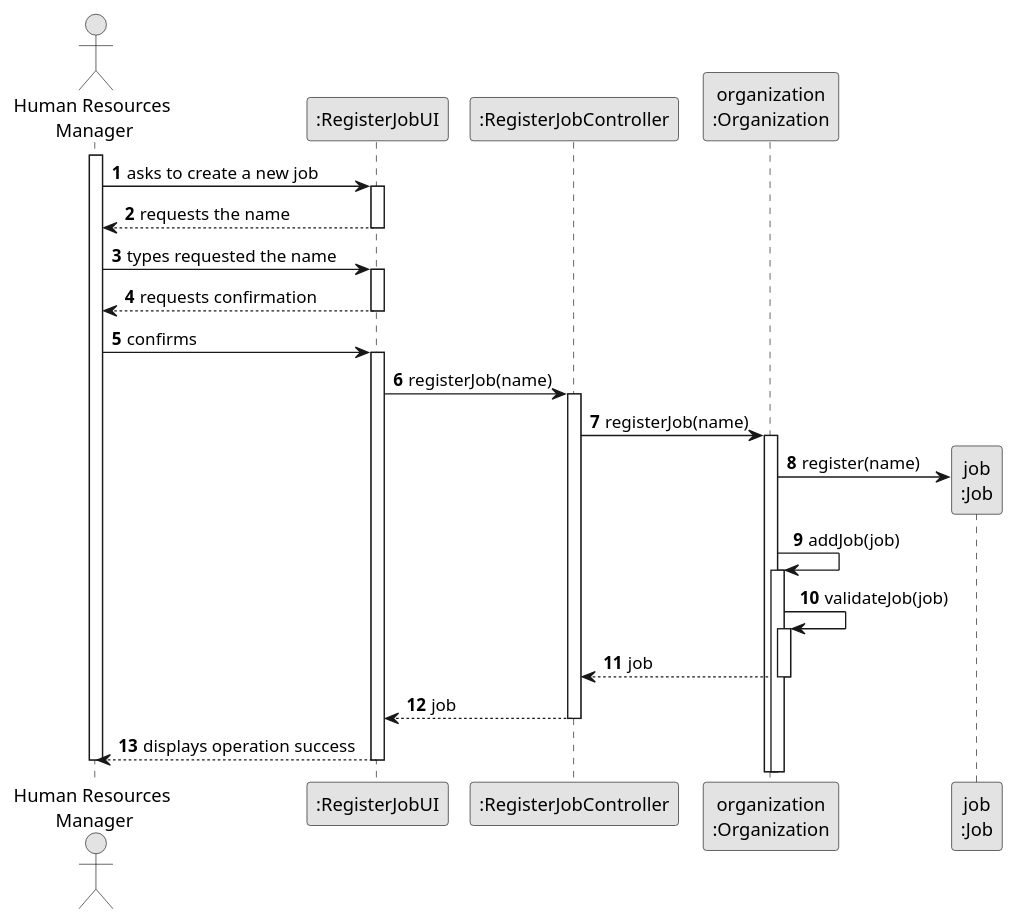
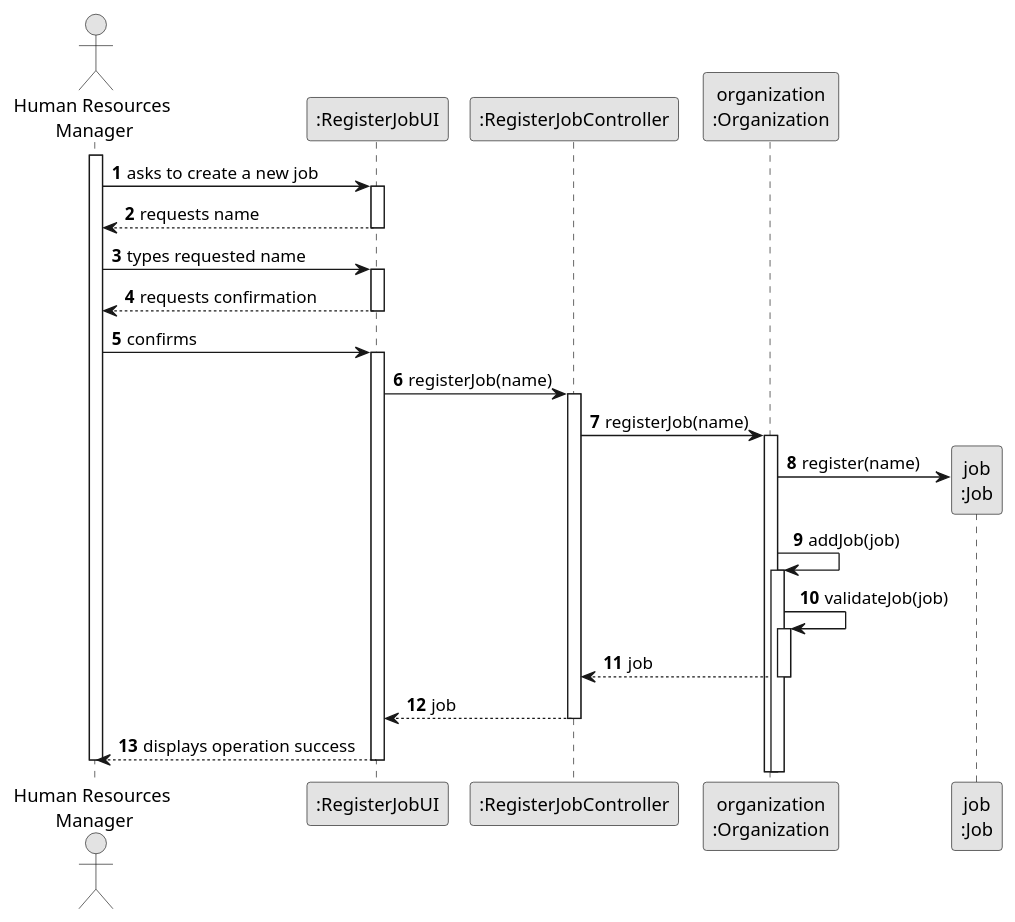
One commit to diogoveirospro/lei-24-s2-1dg-g072 changed the diagram in docs/sprintB/us002/03.design/puml/us002-sequence-diagram-full.puml. Above: the diagram before and after it, drawn with PlantUML. The commit also changed 7 other files, not shown here.

Commit message:
US9's Domain Model US2 and US5's Sequence Diagram and Domain Model - corrections

```diff
--- a/docs/sprintB/us002/03.design/puml/us002-sequence-diagram-full.puml
+++ b/docs/sprintB/us002/03.design/puml/us002-sequence-diagram-full.puml
@@ -1,57 +1,57 @@
 @startuml
 skinparam monochrome true
 skinparam packageStyle rectangle
 skinparam shadowing false
 
 autonumber
 
 'hide footbox
 actor "Human Resources\n Manager" as HRM
 participant ":RegisterJobUI" as UI
 participant ":RegisterJobController" as CTRL
 participant "organization\n:Organization" as ORG
 participant "job\n:Job" as Job
 
 activate HRM
 
     HRM -> UI : asks to create a new job
 
     activate UI
 
-        UI --> HRM : requests the name
+        UI --> HRM : requests name
     deactivate UI
 
-    HRM -> UI : types requested the name
+    HRM -> UI : types requested name
     activate UI
 
         UI --> HRM : requests confirmation
     deactivate UI
 
     HRM -> UI : confirms
     activate UI
 
         UI -> CTRL : registerJob(name)
         activate CTRL
 
             CTRL -> ORG : registerJob(name)
             activate ORG
 
             ORG -> Job**: register(name)
                 ORG -> ORG: addJob(job)
                 activate ORG
 
                 ORG -> ORG: validateJob(job)
                 activate ORG
 
             ORG --> CTRL : job
             deactivate ORG
 
             CTRL --> UI : job
         deactivate CTRL
 
         UI --> HRM: displays operation success
     deactivate UI
 
 deactivate HRM
 
 @enduml
```
